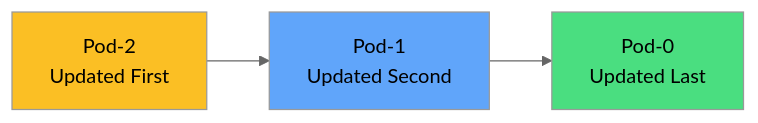
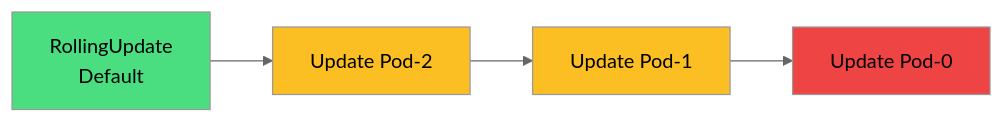
One commit to courselabs/kubernetes changed the sixth of 7 diagrams in slides/statefulsets/slides.md. Above: the diagram before and after it, drawn with Mermaid (neutral theme). The commit also changed other lines of this file and 7 other files, not shown here.

````diff
--- a/slides/statefulsets/slides.md
+++ b/slides/statefulsets/slides.md
@@ -351,8 +312,10 @@
 ```mermaid
 graph LR
-    P2[Pod-2<br/>Updated First] --> P1[Pod-1<br/>Updated Second]
-    P1 --> P0[Pod-0<br/>Updated Last]
+    RU[RollingUpdate<br/>Default] --> P2[Update Pod-2]
+    P2 --> P1[Update Pod-1]
+    P1 --> P0[Update Pod-0]
+    style RU fill:#4ade80
     style P2 fill:#fbbf24
-    style P1 fill:#60a5fa
-    style P0 fill:#4ade80
+    style P1 fill:#fbbf24
+    style P0 fill:#ef4444
 ```
````
